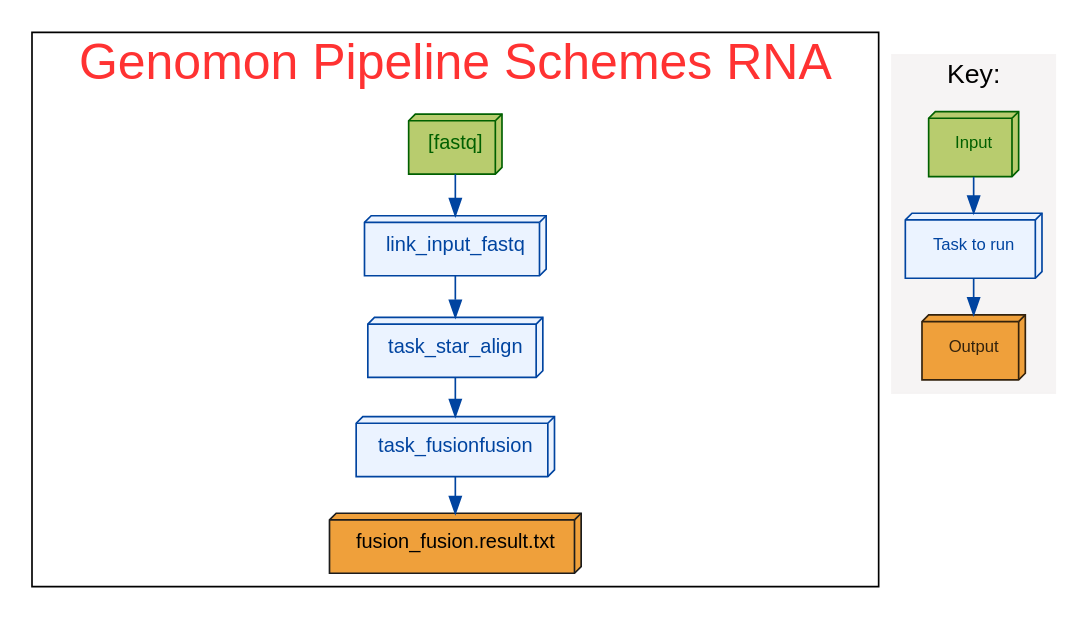
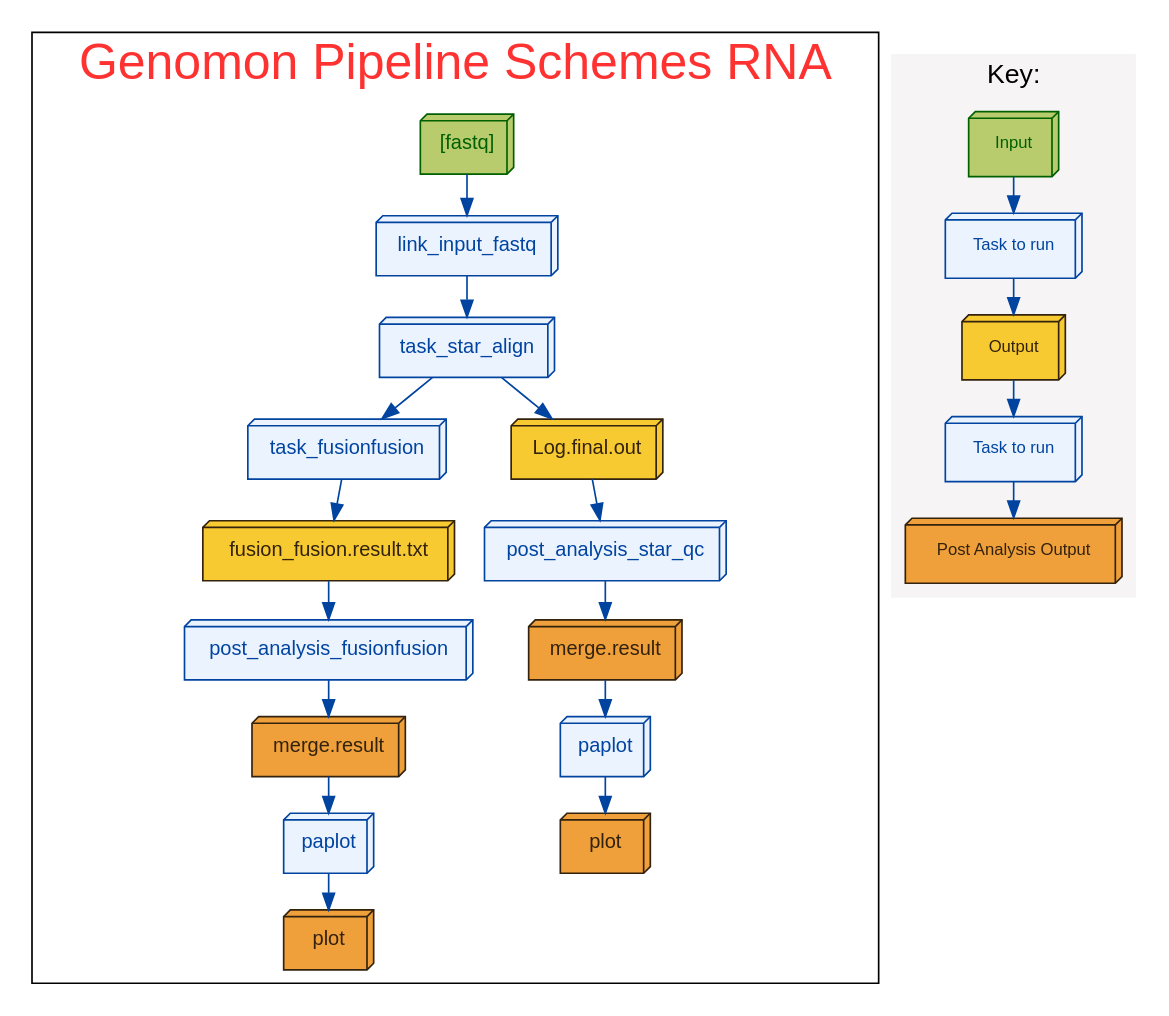
One commit to Genomon-Project/genomon-docs changed the diagram in dot/genomon_rna.dot. Above: the diagram before and after it, drawn with Graphviz. The commit also changed 8 other files, not shown here.

Commit message:
add paplot and post-analysis to rna

```diff
--- a/dot/genomon_rna.dot
+++ b/dot/genomon_rna.dot
@@ -1,47 +1,91 @@
 digraph "Genomon Pipeline Schemes RNA"
 {
 	size = "11";
 	splines = true;
 	fontsize = "30";
 	ranksep = 0.3;
 	node[fontname = "helvetica", fontsize="12"];
 	graph[clusterrank = "local"];
 	
 	subgraph clustertasks
 	{
 		rank="min";
 		fontname = "helvetica"
 		fontcolor = "#FF3232";
 		label = "Genomon Pipeline Schemes RNA";
 
-		t3[color="#006000", fillcolor="#B8CC6E", fontcolor="#006000", label="[fastq]", shape=box3d, style=filled];
+		#### nodes
+		# input
+		t_input_fastq         [color="#006000", fillcolor="#B8CC6E", fontcolor="#006000", label="[fastq]", shape=box3d, style=filled];
 
-		t0[color="#0044A0", fillcolor="#EBF3FF", fontcolor="#0044A0", label="link_input_fastq", shape=box3d, style=filled];
-		t1[color="#0044A0", fillcolor="#EBF3FF", fontcolor="#0044A0", label="task_star_align", shape=box3d, style=filled];
-		t2[color="#0044A0", fillcolor="#EBF3FF", fontcolor="#0044A0", label="task_fusionfusion", shape=box3d, style=filled];
+		# stage
+		t_link_input_fastq    [color="#0044A0", fillcolor="#EBF3FF", fontcolor="#0044A0", shape=box3d, style=filled, label="link_input_fastq"];
+		t_star                [color="#0044A0", fillcolor="#EBF3FF", fontcolor="#0044A0", shape=box3d, style=filled, label="task_star_align"];
+		t_fusion              [color="#0044A0", fillcolor="#EBF3FF", fontcolor="#0044A0", shape=box3d, style=filled, label="task_fusionfusion"];
 
-		t4[color="#1C1C1C", fillcolor="#EFA03B", fontcolor="#000000", label="fusion_fusion.result.txt", shape=box3d, style=filled];
+		t_pa_starqc           [color="#0044A0", fillcolor="#EBF3FF", fontcolor="#0044A0", shape=box3d, style=filled, label="post_analysis_star_qc"];
+		t_paplot_starqc       [color="#0044A0", fillcolor="#EBF3FF", fontcolor="#0044A0", shape=box3d, style=filled, label="paplot"];
+		t_pa_ff               [color="#0044A0", fillcolor="#EBF3FF", fontcolor="#0044A0", shape=box3d, style=filled, label="post_analysis_fusionfusion"];
+		t_paplot_ff           [color="#0044A0", fillcolor="#EBF3FF", fontcolor="#0044A0", shape=box3d, style=filled, label="paplot"];
+		
+		# output
+		## ff
+		t_output_fusion       [color="#33220D", fillcolor="#F8CA31", fontcolor="#33220D", shape=box3d, style=filled, label="fusion_fusion.result.txt"];
+		t_output_pa_ff        [color="#33220D", fillcolor="#EFA03B", fontcolor="#33220D", shape=box3d, style=filled, label="merge.result"];
+		t_output_paplot_ff    [color="#33220D", fillcolor="#EFA03B", fontcolor="#33220D", shape=box3d, style=filled, label="plot"];
+		
+		## star qc
+		t_output_starqc       [color="#33220D", fillcolor="#F8CA31", fontcolor="#33220D", shape=box3d, style=filled, label="Log.final.out"];
+		t_output_pa_starqc    [color="#33220D", fillcolor="#EFA03B", fontcolor="#33220D", shape=box3d, style=filled, label="merge.result"];
+		t_output_paplot_starqc[color="#33220D", fillcolor="#EFA03B", fontcolor="#33220D", shape=box3d, style=filled, label="plot"];
+		
+		
+		#### lines
+		t_input_fastq -> t_link_input_fastq[color="#0044A0"];
+		t_link_input_fastq -> t_star[color="#0044A0"];
+		t_star -> t_fusion[color="#0044A0"];
+		
+		# output
+		t_fusion -> t_output_fusion[color="#0044A0"];
+		t_star -> t_output_starqc[color="#0044A0"];
+		
+		# post_analysis
+		## ff
+		t_output_fusion -> t_pa_ff[color="#0044A0"];
+		t_pa_ff -> t_output_pa_ff[color="#0044A0"];
+		
+		## star qc
+		t_output_starqc -> t_pa_starqc[color="#0044A0"];
+		t_pa_starqc -> t_output_pa_starqc[color="#0044A0"];
 
-		t0 -> t1[color="#0044A0"];
-		t1 -> t2[color="#0044A0"];
-		t3 -> t0[color="#0044A0"];
-		t2 -> t4[color="#0044A0"];
+		# paplot
+		## ff
+		t_output_pa_ff -> t_paplot_ff[color="#0044A0"];
+		t_paplot_ff -> t_output_paplot_ff[color="#0044A0"];
+		
+		## star qc
+		t_output_pa_starqc -> t_paplot_starqc[color="#0044A0"];
+		t_paplot_starqc -> t_output_paplot_starqc[color="#0044A0"];
 	}
 	subgraph clusterkey1
 	{
 		rank = "min";
 		style  = filled;
 		
 		fontname = "helvetica"
 		fontsize = 16;
 		color = "#F6F4F4";
 		label = "Key:"
 
 		node[margin="0.2,0.2", fontname = "helvetica", fontsize="10"];
 		k1_1[color="#006000", fillcolor="#B8CC6E", fontcolor="#006000", label="Input", shape=box3d, style=filled];
 		k2_1[color="#0044A0", fillcolor="#EBF3FF", fontcolor="#0044A0", label="Task to run", shape=box3d, style=filled];
-		k4_1[color="#33220D", fillcolor="#EFA03B", fontcolor="#33220D", label="Output", shape=box3d, style=filled];
+		k3_1[color="#33220D", fillcolor="#F8CA31", fontcolor="#33220D", label="Output", shape=box3d, style=filled];
+		k4_1[color="#0044A0", fillcolor="#EBF3FF", fontcolor="#0044A0", label="Task to run", shape=box3d, style=filled];
+		k5_1[color="#33220D", fillcolor="#EFA03B", fontcolor="#33220D", label="Post Analysis Output", shape=box3d, style=filled];
 		k1_1 -> k2_1[color="#0044A0", arrowtype=normal];
-		k2_1 -> k4_1[color="#0044A0", arrowtype=normal];
+		k2_1 -> k3_1[color="#0044A0", arrowtype=normal];
+		k3_1 -> k4_1[color="#0044A0", arrowtype=normal];
+		k4_1 -> k5_1[color="#0044A0", arrowtype=normal];
 	}
 }
```
